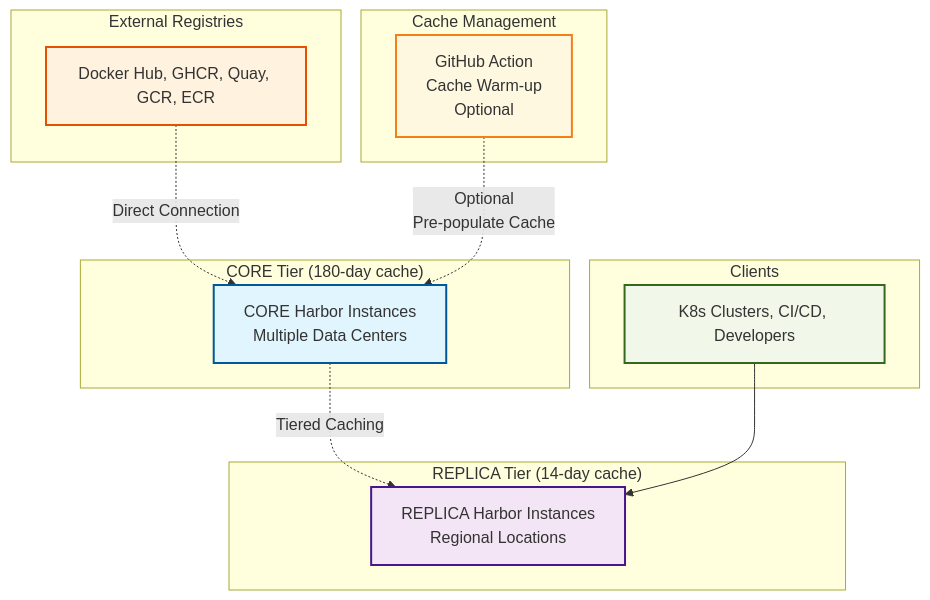
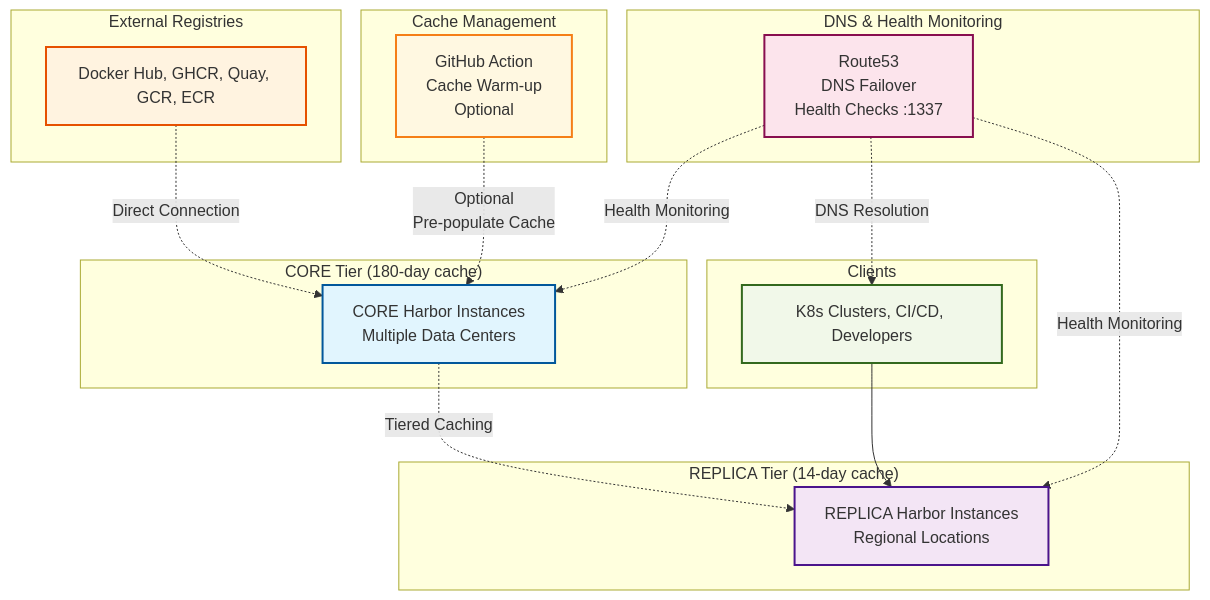
One commit to GlueOps/aio-harbor-registry-cache changed the first of 3 diagrams in README.md. Above: the diagram before and after it, drawn with Mermaid. The commit also changed other lines of this file, not shown here.

````diff
--- a/README.md
+++ b/README.md
@@ -12,39 +12,48 @@
 ```mermaid
 graph TB
     subgraph "External Registries"
         Upstream[Docker Hub, GHCR, Quay, GCR, ECR]
     end
     
     subgraph "CORE Tier (180-day cache)"
         Core[CORE Harbor Instances<br/>Multiple Data Centers]
     end
     
     subgraph "REPLICA Tier (14-day cache)"
         Replica[REPLICA Harbor Instances<br/>Regional Locations]
     end
     
     subgraph "Clients"
         Users[K8s Clusters, CI/CD, Developers]
     end
     
     subgraph "Cache Management"
         WarmUp[GitHub Action<br/>Cache Warm-up<br/>Optional]
     end
     
+    subgraph "DNS & Health Monitoring"
+        Route53[Route53<br/>DNS Failover<br/>Health Checks :1337]
+    end
+    
     Upstream -.->|Direct Connection| Core
     Core -.->|Tiered Caching| Replica
     Users --> Replica
     WarmUp -.->|Optional<br/>Pre-populate Cache| Core
+    Route53 -.->|Health Monitoring| Core
+    Route53 -.->|Health Monitoring| Replica
+    Route53 -.->|DNS Resolution| Users
     
     classDef upstream fill:#fff3e0,stroke:#e65100,stroke-width:2px
     classDef core fill:#e1f5fe,stroke:#01579b,stroke-width:2px
     classDef replica fill:#f3e5f5,stroke:#4a148c,stroke-width:2px
     classDef client fill:#f1f8e9,stroke:#33691e,stroke-width:2px
     classDef warmup fill:#fff8e1,stroke:#f57f17,stroke-width:2px
+    classDef dns fill:#fce4ec,stroke:#880e4f,stroke-width:2px
     
     class Upstream upstream
     class Core core
     class Replica replica
     class Users client
     class WarmUp warmup
+    class Route53 dns
 ```
````
